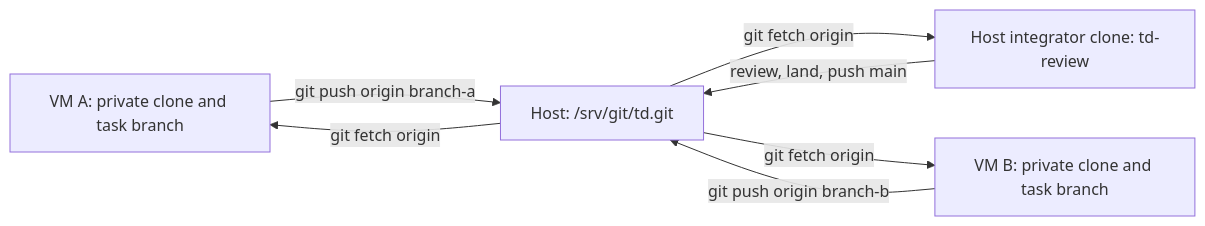
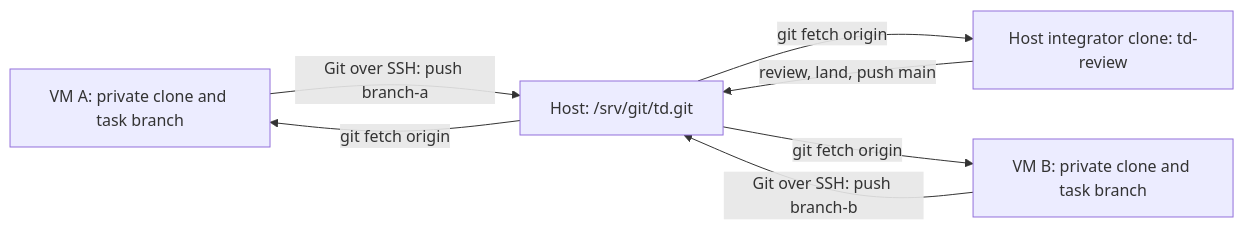
One commit to timmydo/td changed the second of 2 diagrams in td-review/VM.md. Above: the diagram before and after it, drawn with Mermaid. The commit also changed other lines of this file, not shown here.

````diff
--- a/td-review/VM.md
+++ b/td-review/VM.md
@@ -287,9 +292,9 @@
 ```mermaid
 flowchart LR
-    A[VM A: private clone and task branch] -->|git push origin branch-a| B[Host: /srv/git/td.git]
-    C[VM B: private clone and task branch] -->|git push origin branch-b| B
+    A[VM A: private clone and task branch] -->|Git over SSH: push branch-a| B[Host: /srv/git/td.git]
+    C[VM B: private clone and task branch] -->|Git over SSH: push branch-b| B
     B -->|git fetch origin| I[Host integrator clone: td-review]
     I -->|review, land, push main| B
     B -->|git fetch origin| A
     B -->|git fetch origin| C
 ```
````
